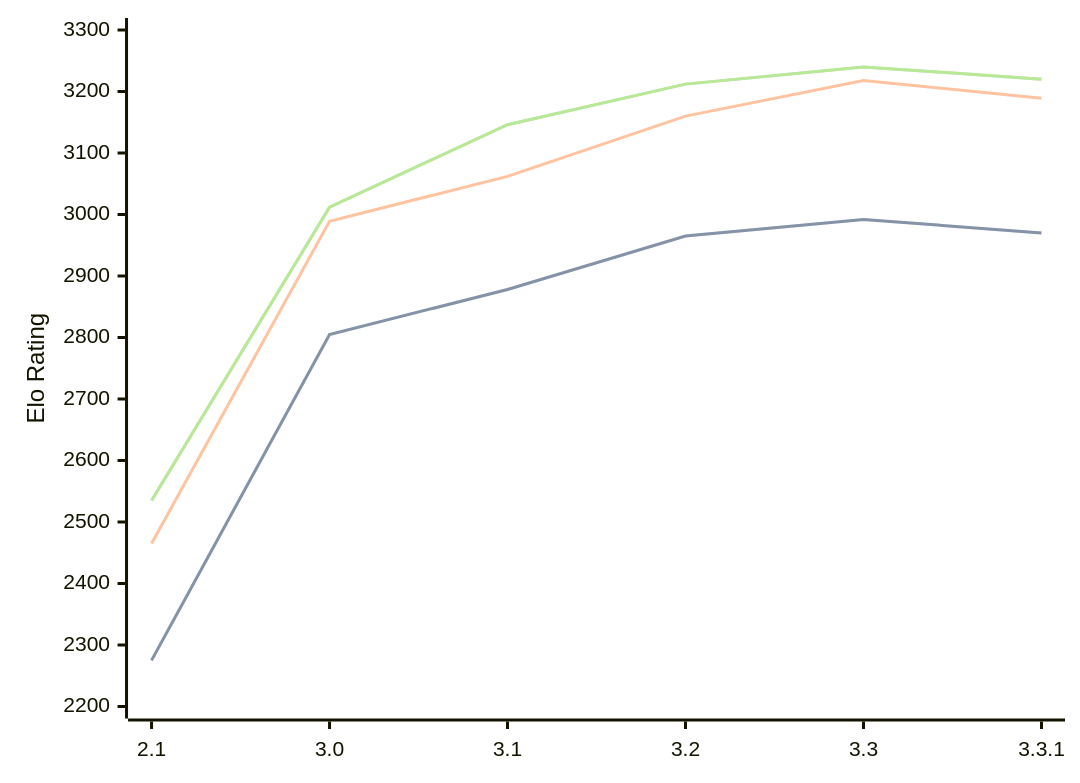
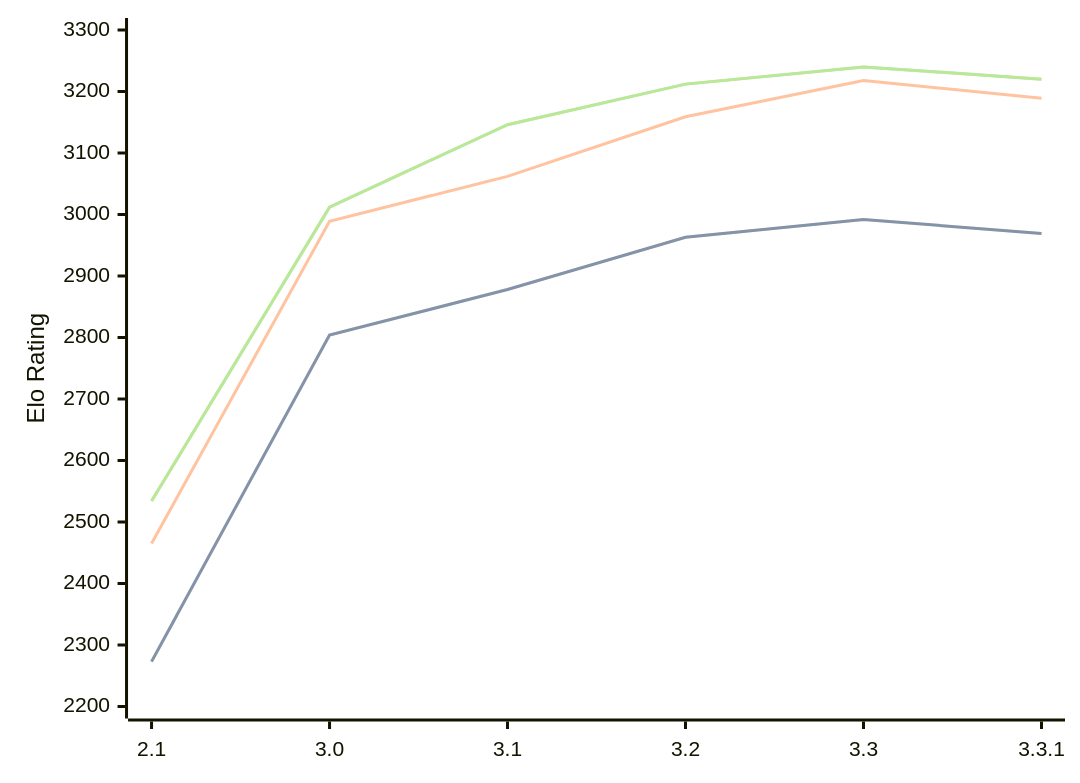
One commit to computer-chess-index/cci changed the diagram in engines/Petrel.md. Above: the diagram before and after it, drawn with Mermaid. The commit also changed other lines of this file, not shown here.

Commit message:
Update CCI Ratings (ELO VLTC) - 2026-02-27

````diff
--- a/engines/Petrel.md
+++ b/engines/Petrel.md
@@ -41,11 +41,11 @@
 ```mermaid
 %%{init: {"theme":"base","themeVariables":{"seriesColors:['#a3a3a3','#222221','#faa371']}}}%%
 xychart-beta
   x-axis ["2.1", "3.0", "3.1", "3.2", "3.3", "3.3.1"]
   y-axis "Elo Rating" 2200 --> 3300
-  line "STC (8.0+0.08s)" [2275, 2805, 2878, 2965, 2992, 2970]
-  line "STC (8.0+0.08s)" [2275, 2805, 2878, 2965, 2992, 2970]
-  line "LTC (60.0+0.60s)" [2465, 2989, 3062, 3160, 3218, 3189]
-  line "VLTC (2m24s+1.12s)" [2535, 3012, 3146, 3212, 3240, 3220]
-  line "VLTC (2m24s+1.12s)" [2535, 3012, 3146, 3212, 3240, 3220]
+  line "STC (8.0+0.08s)" [2273, 2804, 2878, 2963, 2992, 2969]
+  line "STC (8.0+0.08s)" [2273, 2804, 2878, 2963, 2992, 2969]
+  line "LTC (60.0+0.60s)" [2465, 2989, 3062, 3159, 3218, 3189]
+  line "VLTC (2m24s+1.12s)" [2534, 3012, 3146, 3212, 3240, 3220]
+  line "VLTC (2m24s+1.12s)" [2534, 3012, 3146, 3212, 3240, 3220]
 ```
````
